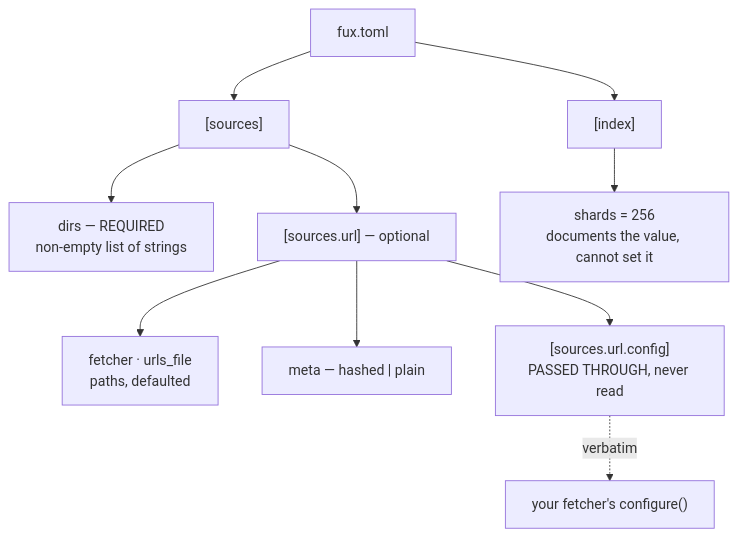
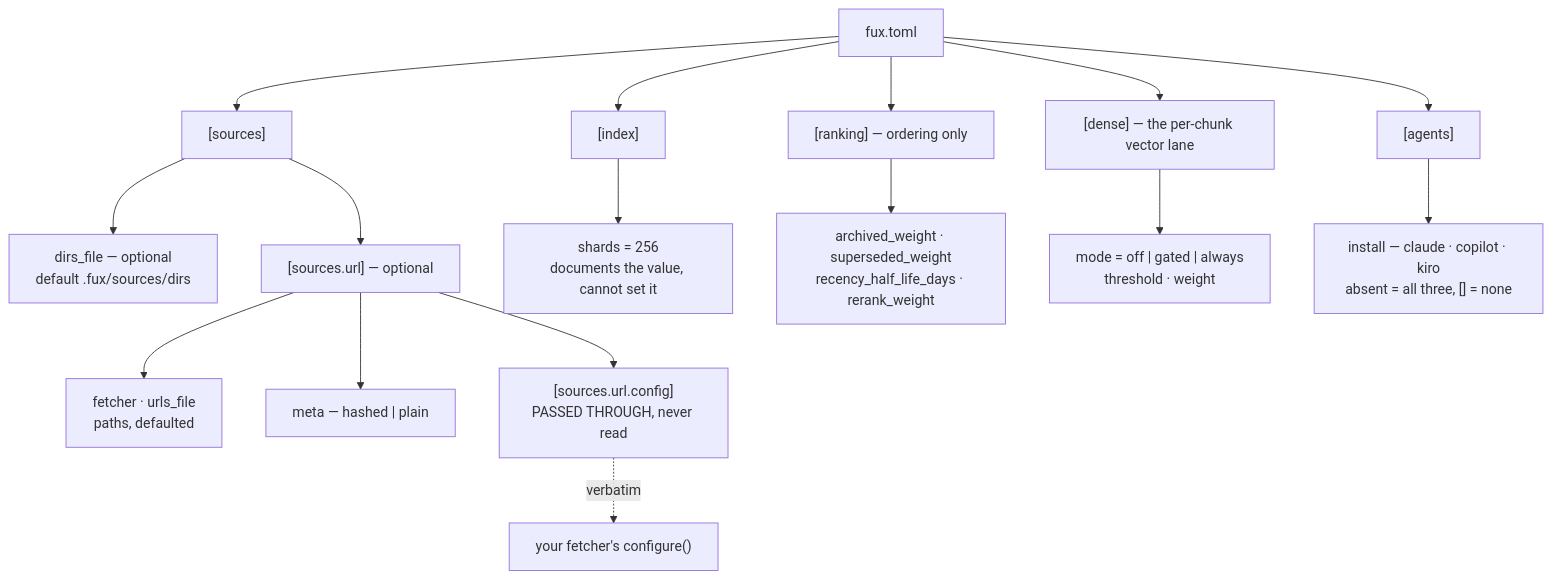
The diagram in docs/adr/0014_config.md (arpitarya/fux), drawn with Mermaid before and after one commit. The commit also changed other lines of this file and 60 other files, not shown here.

````diff
--- a/docs/adr/0014_config.md
+++ b/docs/adr/0014_config.md
@@ -53,12 +53,18 @@
 ```mermaid
 flowchart TD
     F["fux.toml"] --> S["[sources]"]
-    S --> D["dirs — REQUIRED<br/>non-empty list of strings"]
+    S --> D["dirs_file — optional<br/>default .fux/sources/dirs"]
     S --> U["[sources.url] — optional"]
     U --> M["fetcher · urls_file<br/>paths, defaulted"]
     U --> ME["meta — hashed | plain"]
     U --> CF["[sources.url.config]<br/>PASSED THROUGH, never read"]
     F --> I["[index]"]
     I --> SH["shards = 256<br/>documents the value, cannot set it"]
+    F --> R["[ranking] — ordering only"]
+    R --> RW["archived_weight · superseded_weight<br/>recency_half_life_days · rerank_weight"]
+    F --> DN["[dense] — the per-chunk vector lane"]
+    DN --> DM["mode = off | gated | always<br/>threshold · weight"]
+    F --> AG["[agents]"]
+    AG --> AI["install — claude · copilot · kiro<br/>absent = all three, [] = none"]
     CF -.->|"verbatim"| MW["your fetcher's configure()"]
 ```
````
